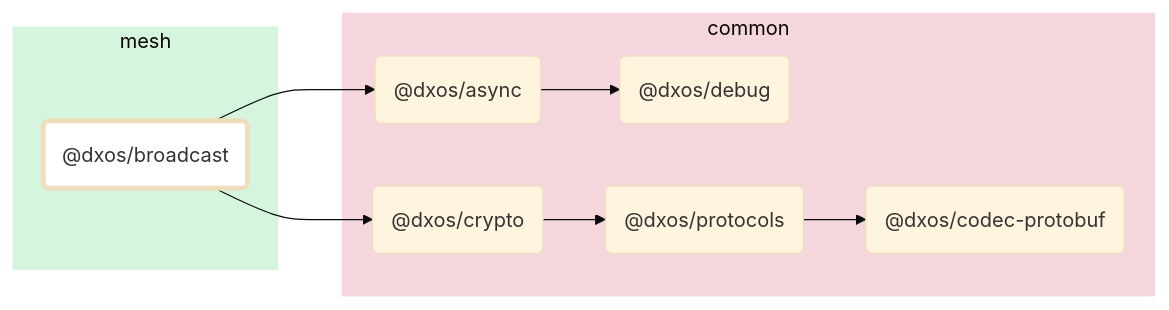
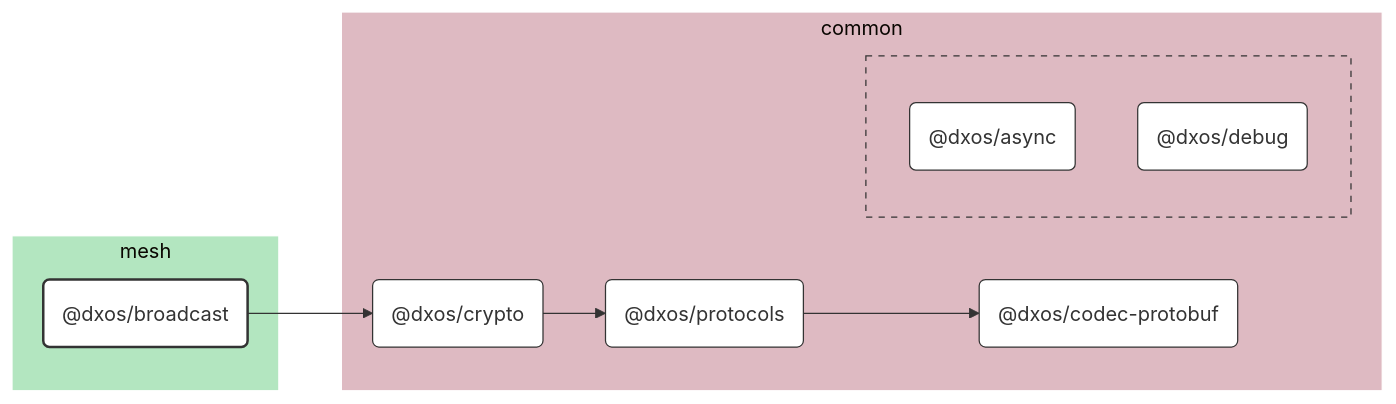
Before and after one commit to dxos/dxos: the diagram in packages/mesh/broadcast/docs/README.md, drawn with Mermaid (base theme). The commit also changed 100 other files, not shown here.

````diff
--- a/packages/mesh/broadcast/docs/README.md
+++ b/packages/mesh/broadcast/docs/README.md
@@ -7,31 +7,53 @@
 ```mermaid
-flowchart LR;
+%%{ init: {'flowchart':{'curve':'basis'}} }%%
 
-style dxos/broadcast fill:#fff,stroke-width:4px;
+flowchart LR
 
-click dxos/async "https:/github.com/dxos/dxos/tree/main/packages/common/async/docs";
-click dxos/debug "https:/github.com/dxos/dxos/tree/main/packages/common/debug/docs";
-click dxos/codec-protobuf "https:/github.com/dxos/dxos/tree/main/packages/common/codec-protobuf/docs";
-click dxos/crypto "https:/github.com/dxos/dxos/tree/main/packages/common/crypto/docs";
-click dxos/protocols "https:/github.com/dxos/dxos/tree/main/packages/common/protocols/docs";
+%% Links
+dxos/broadcast --> dxos/crypto;
+dxos/crypto --> dxos/protocols;
+dxos/protocols --> dxos/codec-protobuf;
 
+%% Sections
 subgraph mesh
-  style mesh fill:#d6f5de,stroke:#fff;
-  dxos/broadcast("@dxos/broadcast");
+  style mesh fill:#b3e6c0,stroke:#fff;
+
+  dxos/broadcast("@dxos/broadcast")
 end
 
 subgraph common
-  style common fill:#f5d6dd,stroke:#fff;
-  dxos/async("@dxos/async");
-  dxos/debug("@dxos/debug");
-  dxos/codec-protobuf("@dxos/codec-protobuf");
-  dxos/crypto("@dxos/crypto");
-  dxos/protocols("@dxos/protocols");
+  style common fill:#debac2,stroke:#fff;
+
+  dxos/codec-protobuf("@dxos/codec-protobuf")
+  dxos/crypto("@dxos/crypto")
+  dxos/protocols("@dxos/protocols")
+
+  subgraph common-excluded [ ]
+    style common-excluded fill:#debac2,stroke:#333,stroke-dasharray:5 5;
+
+    dxos/async("@dxos/async")
+    dxos/debug("@dxos/debug")
+  end
 end
 
-dxos/broadcast --> dxos/async;
-dxos/async --> dxos/debug;
-dxos/broadcast --> dxos/crypto;
-dxos/crypto --> dxos/protocols;
-dxos/protocols --> dxos/codec-protobuf;
+
+%% Hyperlinks
+click dxos/async href "https:/github.com/dxos/dxos/tree/main/packages/common/async/docs";
+click dxos/codec-protobuf href "https:/github.com/dxos/dxos/tree/main/packages/common/codec-protobuf/docs";
+click dxos/crypto href "https:/github.com/dxos/dxos/tree/main/packages/common/crypto/docs";
+click dxos/debug href "https:/github.com/dxos/dxos/tree/main/packages/common/debug/docs";
+click dxos/protocols href "https:/github.com/dxos/dxos/tree/main/packages/common/protocols/docs";
+
+%% Styles
+classDef rootNode fill:#fff,stroke:#333,stroke-width:2px
+classDef defaultNode fill:#fff,stroke:#333,stroke-width:1px
+linkStyle default stroke:#333,stroke-width:1px
+
+dxos/broadcast:::rootNode
+
+dxos/async:::defaultNode
+dxos/codec-protobuf:::defaultNode
+dxos/crypto:::defaultNode
+dxos/debug:::defaultNode
+dxos/protocols:::defaultNode
 ```
````
